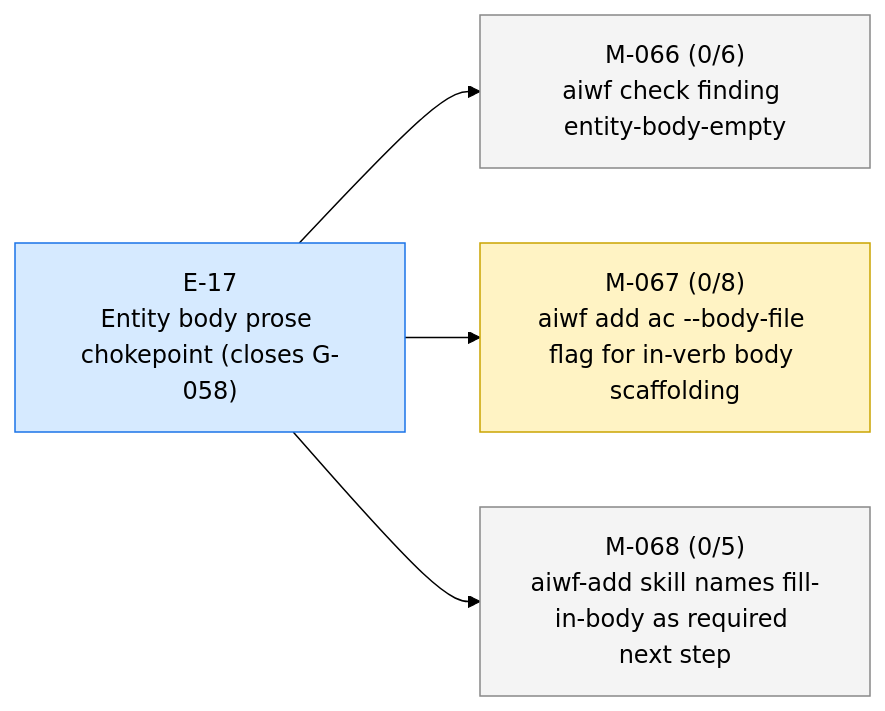
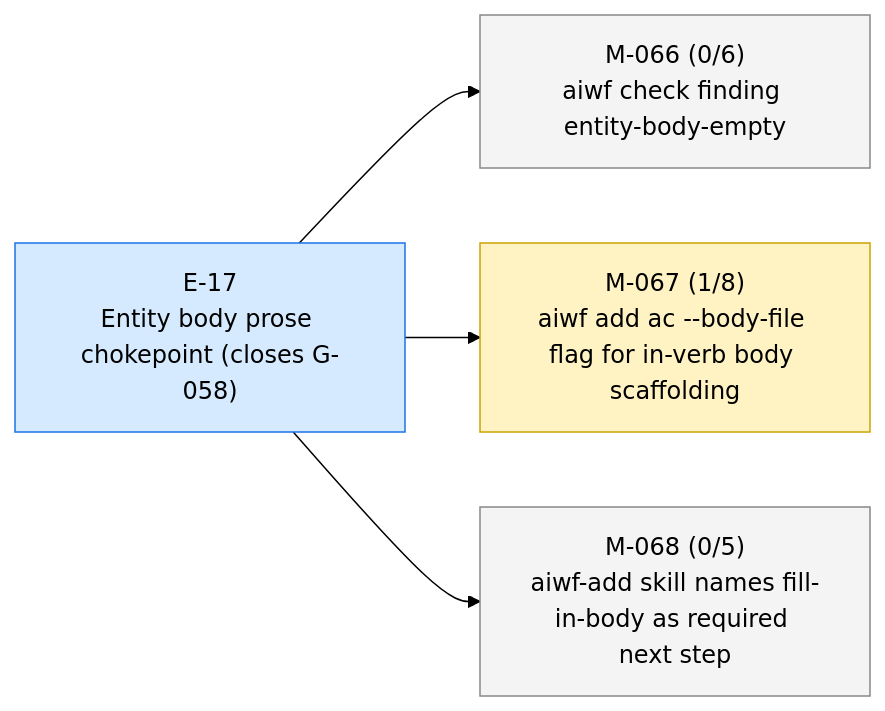
The first of 4 diagrams in STATUS.md (23min/aiwf), drawn with Mermaid (forest theme) before and after one commit. The commit also changed other lines of this file and 1 other file, not shown here.

First line of the commit message:
aiwf promote M-067/AC-1 open -> met

````diff
--- a/STATUS.md
+++ b/STATUS.md
@@ -13,16 +13,16 @@
 ```mermaid
 flowchart LR
   E_17["E-17<br/>Entity body prose chokepoint (closes G-058)"]:::epic_active
   M_066["M-066 (0/6)<br/>aiwf check finding entity-body-empty"]:::ms_draft
   E_17 --> M_066
-  M_067["M-067 (0/8)<br/>aiwf add ac --body-file flag for in-verb body scaffolding"]:::ms_in_progress
+  M_067["M-067 (1/8)<br/>aiwf add ac --body-file flag for in-verb body scaffolding"]:::ms_in_progress
   E_17 --> M_067
   M_068["M-068 (0/5)<br/>aiwf-add skill names fill-in-body as required next step"]:::ms_draft
   E_17 --> M_068
   classDef epic_active fill:#d6eaff,stroke:#1a73e8,color:#000
   classDef epic_proposed fill:#f4f4f4,stroke:#888,color:#000
   classDef ms_done fill:#d8f5d8,stroke:#2a8a2a,color:#000
   classDef ms_in_progress fill:#fff3c4,stroke:#caa400,color:#000
   classDef ms_draft fill:#f4f4f4,stroke:#888,color:#000
   classDef ms_cancelled fill:#fbeaea,stroke:#c33,color:#000
 ```
````
